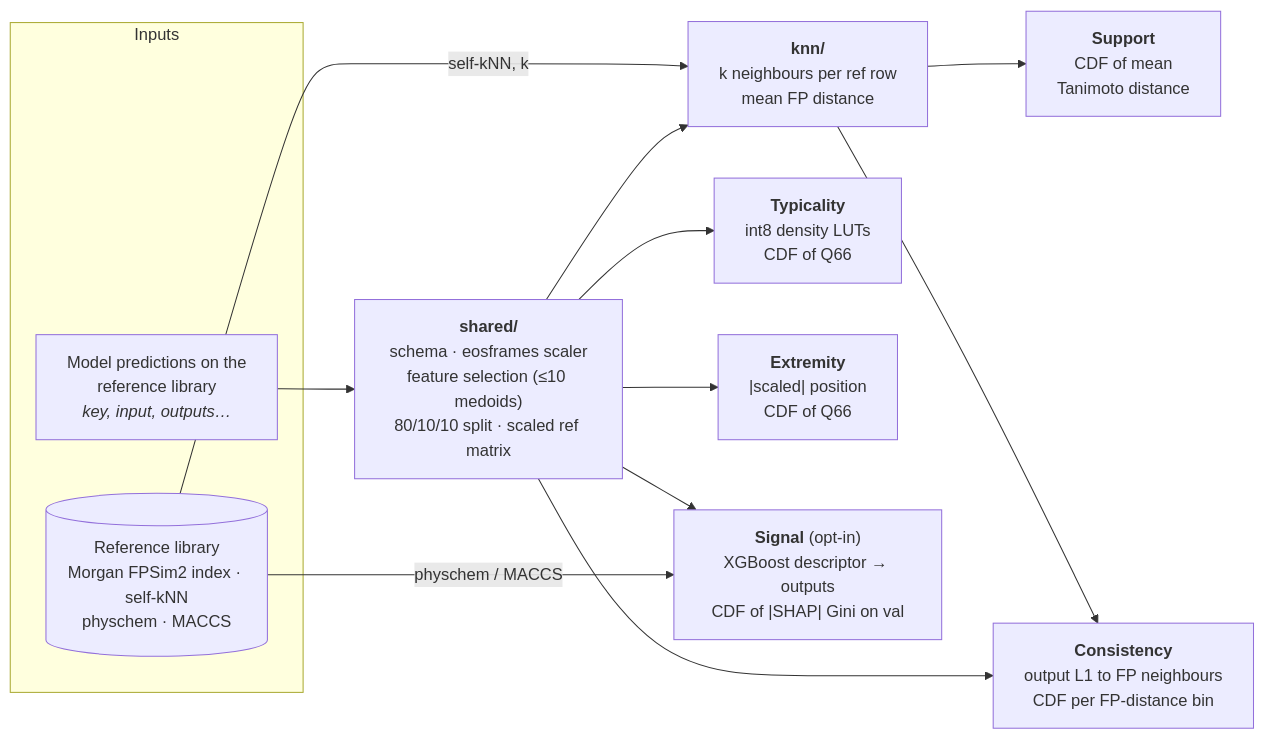
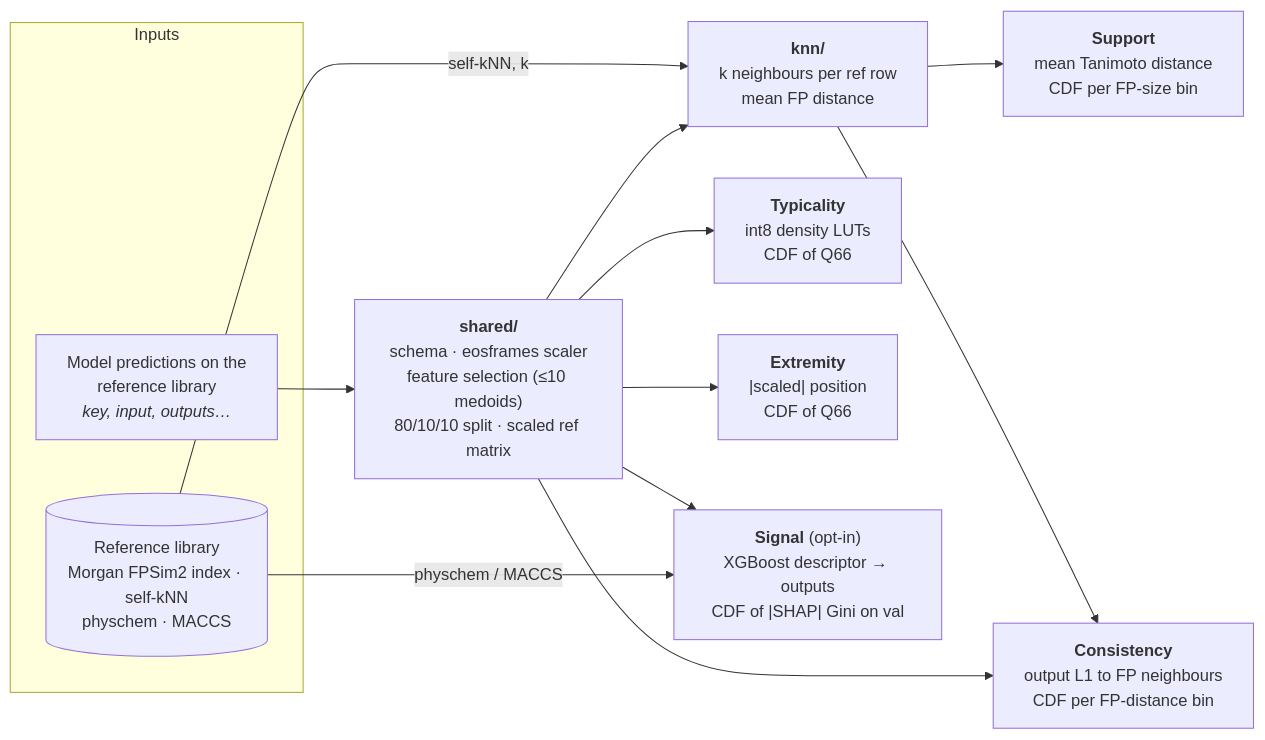
Before and after one commit to ersilia-os/eosquality: the first of 2 diagrams in docs/diagram.md, drawn with Mermaid. The commit also changed other lines of this file and 13 other files, not shown here.

First line of the commit message:
Support: calibrate per fingerprint-size bin and add support_log (format 3)

````diff
--- a/docs/diagram.md
+++ b/docs/diagram.md
@@ -5,19 +5,19 @@
 ```mermaid
 flowchart LR
     subgraph inputs[Inputs]
         REF["Model predictions on the<br/>reference library<br/><i>key, input, outputs…</i>"]
         LIB[("Reference library<br/>Morgan FPSim2 index · self-kNN<br/>physchem · MACCS")]
     end
 
     REF --> SH["<b>shared/</b><br/>schema · eosframes scaler<br/>feature selection (≤10 medoids)<br/>80/10/10 split · scaled ref matrix"]
     LIB -- "self-kNN, k" --> KNN["<b>knn/</b><br/>k neighbours per ref row<br/>mean FP distance"]
     SH --> KNN
 
     SH --> TYP["<b>Typicality</b><br/>int8 density LUTs<br/>CDF of Q66"]
     SH --> EXT["<b>Extremity</b><br/>|scaled| position<br/>CDF of Q66"]
-    KNN --> SUP["<b>Support</b><br/>CDF of mean<br/>Tanimoto distance"]
+    KNN --> SUP["<b>Support</b><br/>mean Tanimoto distance<br/>CDF per FP-size bin"]
     KNN --> CON["<b>Consistency</b><br/>output L1 to FP neighbours<br/>CDF per FP-distance bin"]
     SH --> CON
     SH --> SIG["<b>Signal</b> (opt-in)<br/>XGBoost descriptor → outputs<br/>CDF of |SHAP| Gini on val"]
     LIB -- "physchem / MACCS" --> SIG
 ```
````
